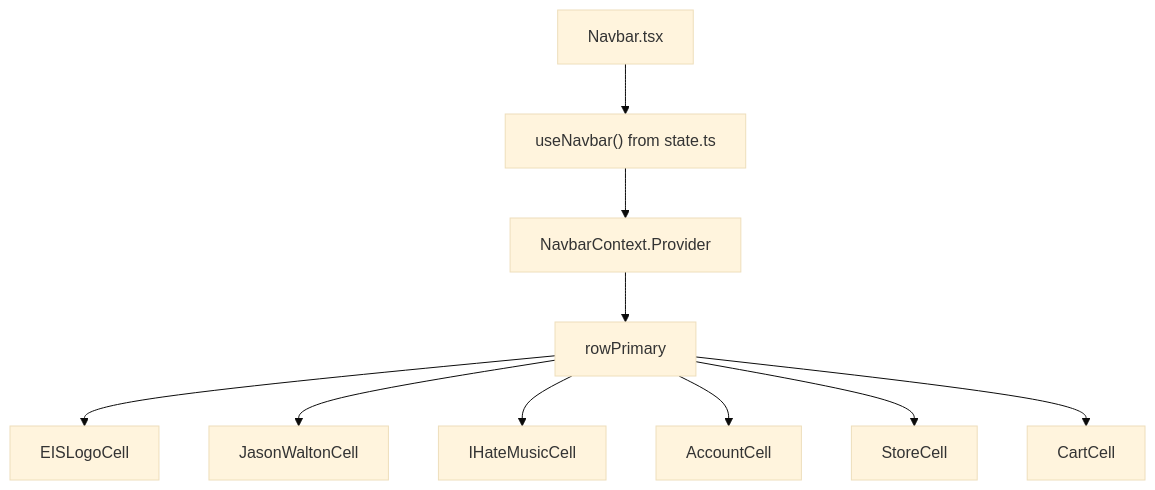
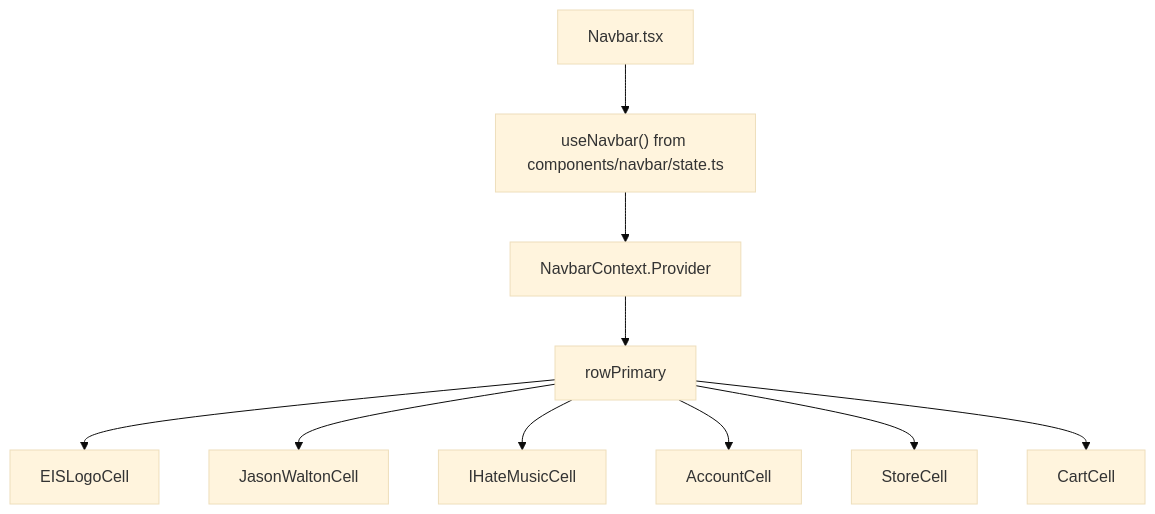
The fifth of 20 diagrams in PROJECT_LEARNING_FLOW.md (bucketb0t/Earth_In_Sound), drawn with Mermaid (base theme) before and after one commit. The commit also changed other lines of this file and 20 other files, not shown here.

````diff
--- a/PROJECT_LEARNING_FLOW.md
+++ b/PROJECT_LEARNING_FLOW.md
@@ -466,12 +469,12 @@
 ```mermaid
 flowchart TD
-  Navbar["Navbar.tsx"] --> UseNavbar["useNavbar() from state.ts"]
+  Navbar["Navbar.tsx"] --> UseNavbar["useNavbar() from components/navbar/state.ts"]
   UseNavbar --> Provider["NavbarContext.Provider"]
   Provider --> Row["rowPrimary"]
   Row --> EIS["EISLogoCell"]
   Row --> JWW["JasonWaltonCell"]
   Row --> IHM["IHateMusicCell"]
   Row --> Account["AccountCell"]
   Row --> Store["StoreCell"]
   Row --> Cart["CartCell"]
 ```
````
